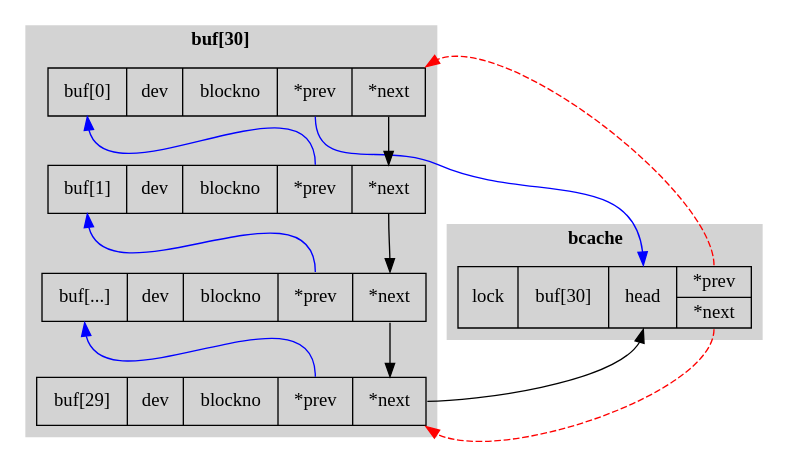
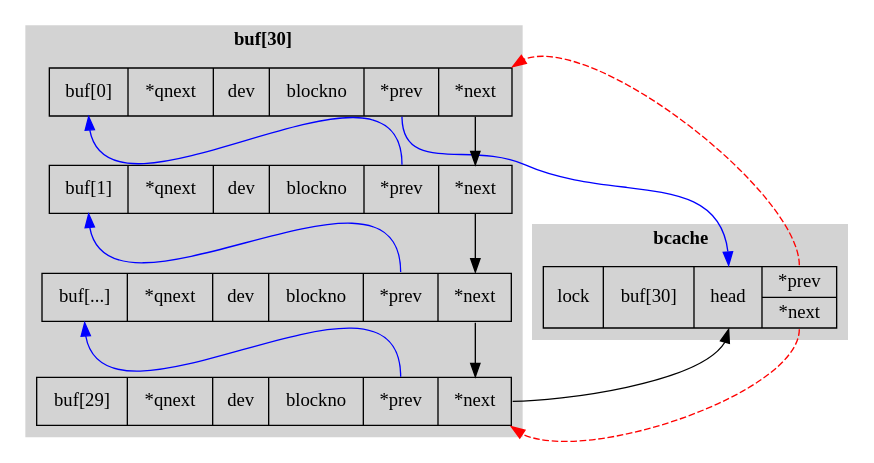
The diagram in img/bcache-LRU.dot (Jeanhwea/xv6-course), drawn with Graphviz before and after one commit. The commit also changed 1 other file, not shown here.

```diff
--- a/img/bcache-LRU.dot
+++ b/img/bcache-LRU.dot
@@ -1,34 +1,34 @@
 digraph bcache_LRU {
   // rankdir=LR;
   node [shape=record];
 
   subgraph cluster_bcache {
     label=<<b>bcache</b>>; style=filled; color=lightgray;
     bcache[label="lock|<b>buf[30]|<h>head|{<p>*prev|<n>*next}"];
   }
   // bcache:b -> cluster_bufs;
 
 
   subgraph cluster_bufs {
     label=<<b>buf[30]</b>>; style=filled; color=lightgray;
-    buf1[label="<a>buf[0]  |dev|blockno|<p>*prev|<n>*next"];
-    buf2[label="<a>buf[1]  |dev|blockno|<p>*prev|<n>*next"];
-    buf3[label="<a>buf[...]|dev|blockno|<p>*prev|<n>*next"];
-    buf9[label="<a>buf[29] |dev|blockno|<p>*prev|<n>*next"];
+    buf1[label="<a>buf[0]  |*qnext|dev|blockno|<p>*prev|<n>*next"];
+    buf2[label="<a>buf[1]  |*qnext|dev|blockno|<p>*prev|<n>*next"];
+    buf3[label="<a>buf[...]|*qnext|dev|blockno|<p>*prev|<n>*next"];
+    buf9[label="<a>buf[29] |*qnext|dev|blockno|<p>*prev|<n>*next"];
   }
 
   // {rank=same buf1 buf2 buf9}
 
   buf1:n -> buf2:n   [color=black];
   buf2:n -> buf3:n   [color=black];
   buf3:n -> buf9:n   [color=black];
   buf9:n -> bcache:h [color=black];
 
   buf9:p -> buf3:a   [color=blue];
   buf3:p -> buf2:a   [color=blue];
   buf2:p -> buf1:a   [color=blue];
   buf1:p -> bcache:h [color=blue];
 
   bcache:n -> buf9:se [color=red style=dashed];
   bcache:p -> buf1:ne [color=red style=dashed];
 }
```
